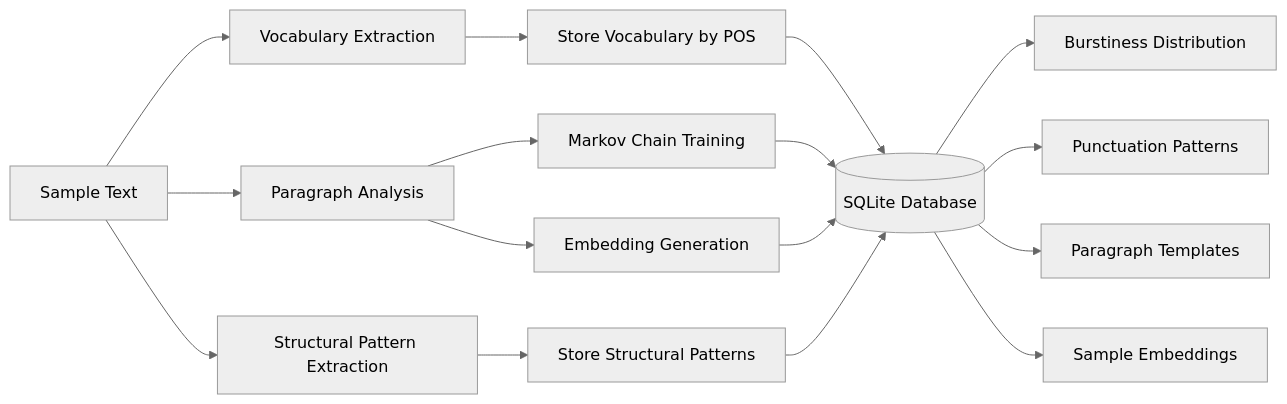
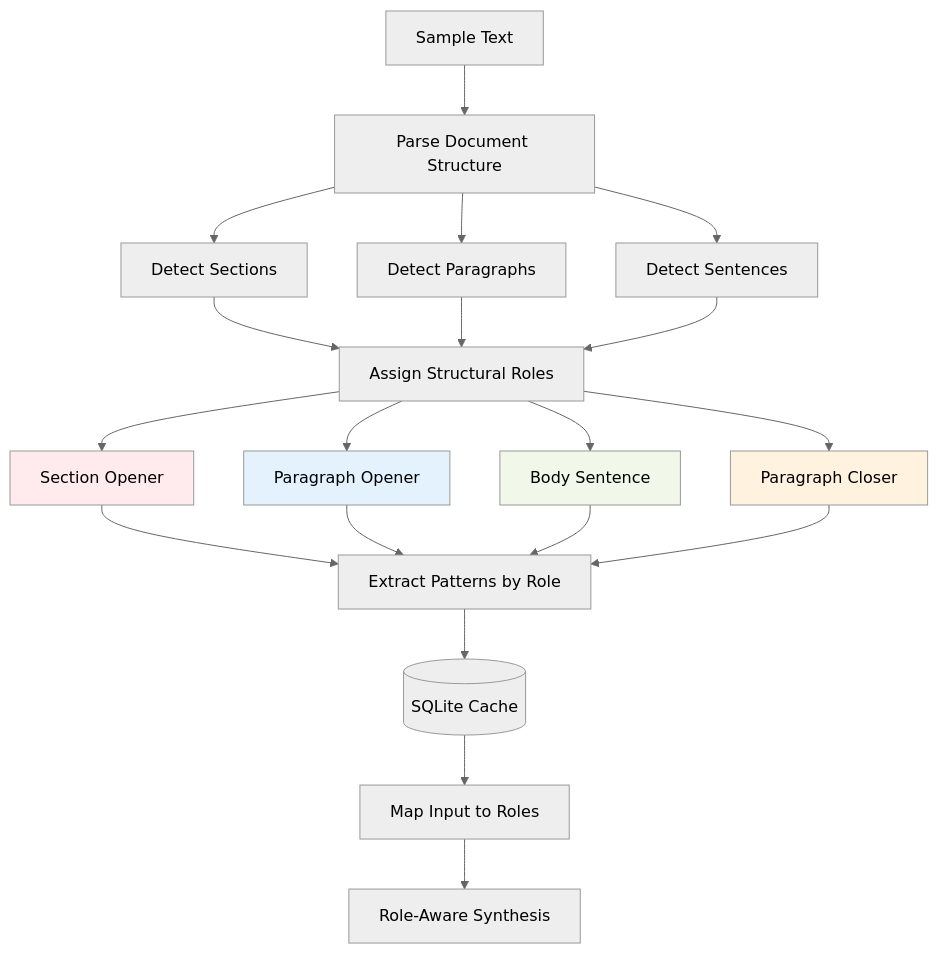
Before and after one commit to yogthos/ai-text-humanizer: the fourth of 4 diagrams in README.md, drawn with Mermaid (neutral theme). The commit also changed other lines of this file and 2 other files, not shown here.

````diff
--- a/README.md
+++ b/README.md
@@ -80,21 +141,30 @@
 ```mermaid
-flowchart LR
-    A[Sample Text] --> B[Vocabulary Extraction]
-    A --> C[Paragraph Analysis]
-    A --> D[Structural Pattern Extraction]
+flowchart TD
+    Sample[Sample Text] --> Parse[Parse Document Structure]
+    Parse --> Sections[Detect Sections]
+    Parse --> Paragraphs[Detect Paragraphs]
+    Parse --> Sentences[Detect Sentences]
 
-    B --> E[Store Vocabulary by POS]
-    C --> F[Markov Chain Training]
-    C --> G[Embedding Generation]
-    D --> H[Store Structural Patterns]
+    Sections --> Roles[Assign Structural Roles]
+    Paragraphs --> Roles
+    Sentences --> Roles
 
-    E --> I[(SQLite Database)]
-    F --> I
-    G --> I
-    H --> I
+    Roles --> SO[Section Opener]
+    Roles --> PO[Paragraph Opener]
+    Roles --> Body[Body Sentence]
+    Roles --> PC[Paragraph Closer]
 
-    I --> J[Burstiness Distribution]
-    I --> K[Punctuation Patterns]
-    I --> L[Paragraph Templates]
-    I --> M[Sample Embeddings]
+    SO --> Patterns[Extract Patterns by Role]
+    PO --> Patterns
+    Body --> Patterns
+    PC --> Patterns
+
+    Patterns --> Cache[(SQLite Cache)]
+    Cache --> Map[Map Input to Roles]
+    Map --> Synthesis[Role-Aware Synthesis]
+
+    style SO fill:#ffebee
+    style PO fill:#e3f2fd
+    style Body fill:#f1f8e9
+    style PC fill:#fff3e0
 ```
````
